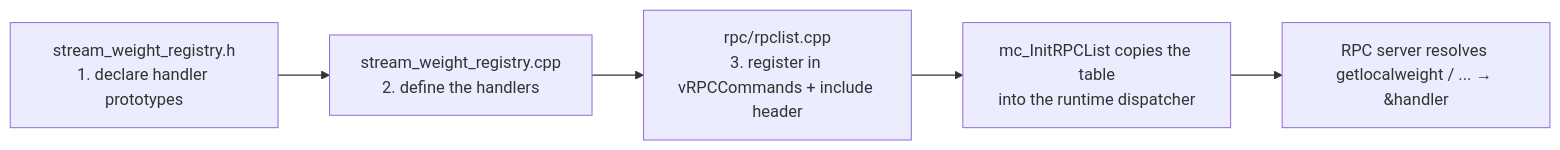
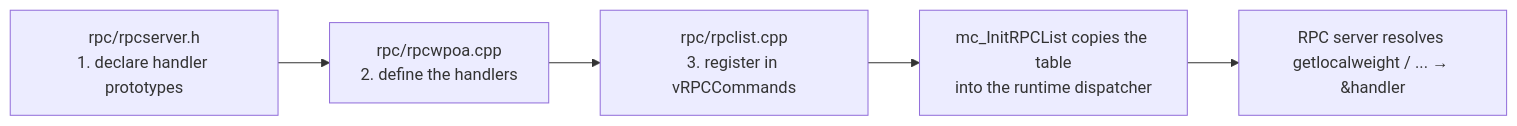
Before and after one commit to FeMattu/multichain: the first of 2 diagrams in docs/rpc-registration.md, drawn with Mermaid. The commit also changed other lines of this file and 18 other files, not shown here.

````diff
--- a/docs/rpc-registration.md
+++ b/docs/rpc-registration.md
@@ -54,7 +54,7 @@
 ```mermaid
 flowchart LR
-    H[stream_weight_registry.h<br/>1. declare handler prototypes] --> C[stream_weight_registry.cpp<br/>2. define the handlers]
-    C --> T[rpc/rpclist.cpp<br/>3. register in vRPCCommands + include header]
+    H[rpc/rpcserver.h<br/>1. declare handler prototypes] --> C[rpc/rpcwpoa.cpp<br/>2. define the handlers]
+    C --> T[rpc/rpclist.cpp<br/>3. register in vRPCCommands]
     T --> INIT[mc_InitRPCList copies the table<br/>into the runtime dispatcher]
     INIT --> SERVER[RPC server resolves getlocalweight / ... → &handler]
 ```
````
